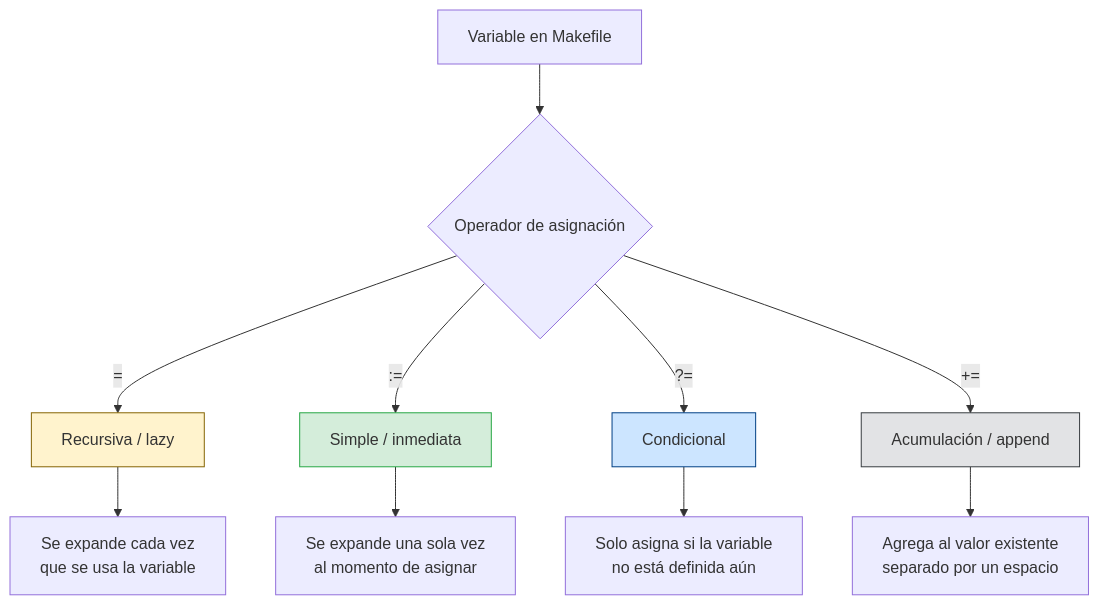
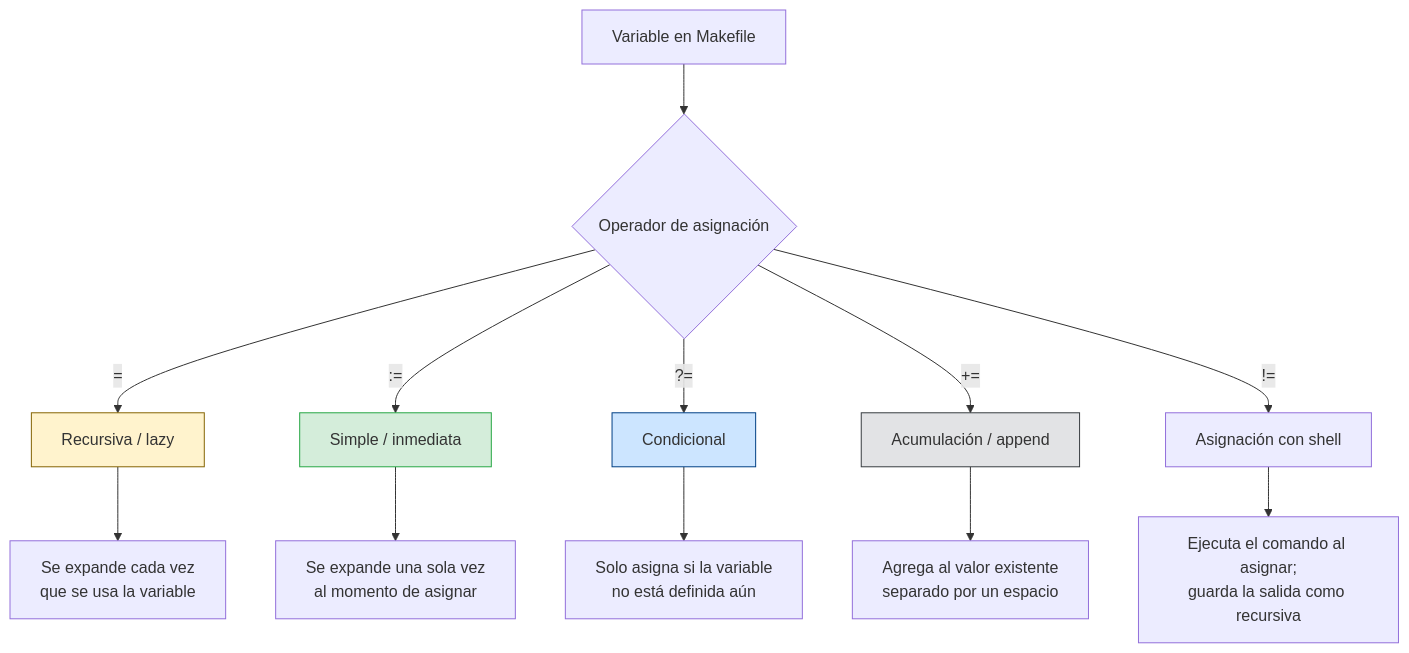
Before and after one commit to ergrato-dev/bc-makefile: the diagram in bootcamp/week-02-variables_y_expansion/0-assets/01-tipos-de-variable.md, drawn with Mermaid. The commit also changed other lines of this file and 90 other files, not shown here.

````diff
--- a/bootcamp/week-02-variables_y_expansion/0-assets/01-tipos-de-variable.md
+++ b/bootcamp/week-02-variables_y_expansion/0-assets/01-tipos-de-variable.md
@@ -3,18 +3,20 @@
 ```mermaid
 graph TD
     A["Variable en Makefile"] --> B{Operador de asignación}
     B -->|"="| C["Recursiva / lazy"]
     B -->|":="| D["Simple / inmediata"]
     B -->|"?="| E["Condicional"]
     B -->|"+="| F["Acumulación / append"]
+    B -->|"!="| G["Asignación con shell"]
 
     C --> C1["Se expande cada vez\nque se usa la variable"]
     D --> D1["Se expande una sola vez\nal momento de asignar"]
     E --> E1["Solo asigna si la variable\nno está definida aún"]
     F --> F1["Agrega al valor existente\nseparado por un espacio"]
+    G --> G1["Ejecuta el comando al asignar;\nguarda la salida como recursiva"]
 
     style C fill:#fff3cd,stroke:#856404
     style D fill:#d4edda,stroke:#28a745
     style E fill:#cce5ff,stroke:#004085
     style F fill:#e2e3e5,stroke:#383d41
 ```
````
